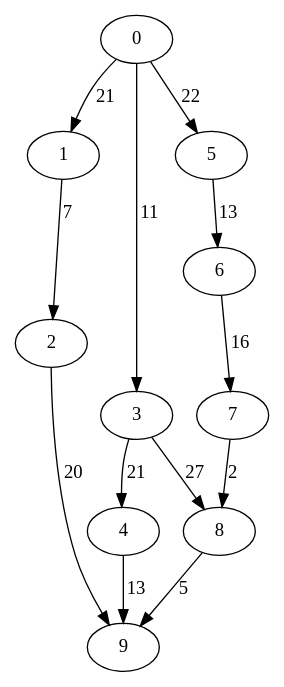
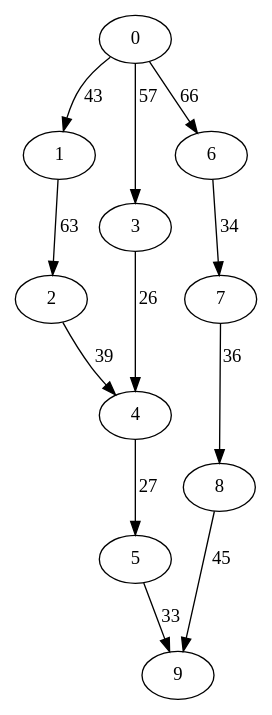
The diagram in dotfiles/data1.dot (asaloniti/DagScheduling), drawn with Graphviz before and after one commit. The commit also changed 27 other files, not shown here.

```diff
--- a/dotfiles/data1.dot
+++ b/dotfiles/data1.dot
@@ -1,14 +1,13 @@
 digraph data1 {
-0 -> 1 [ label = 21 ];
-0 -> 3 [ label = 11 ];
-0 -> 5 [ label = 22 ];
-1 -> 2 [ label = 7 ];
-2 -> 9 [ label = 20 ];
-3 -> 4 [ label = 21 ];
-3 -> 8 [ label = 27 ];
-4 -> 9 [ label = 13 ];
-5 -> 6 [ label = 13 ];
-6 -> 7 [ label = 16 ];
-7 -> 8 [ label = 2 ];
-8 -> 9 [ label = 5 ];
+0 -> 1 [ label = 43 ];
+0 -> 3 [ label = 57 ];
+0 -> 6 [ label = 66 ];
+1 -> 2 [ label = 63 ];
+2 -> 4 [ label = 39 ];
+3 -> 4 [ label = 26 ];
+4 -> 5 [ label = 27 ];
+5 -> 9 [ label = 33 ];
+6 -> 7 [ label = 34 ];
+7 -> 8 [ label = 36 ];
+8 -> 9 [ label = 45 ];
  }
```
